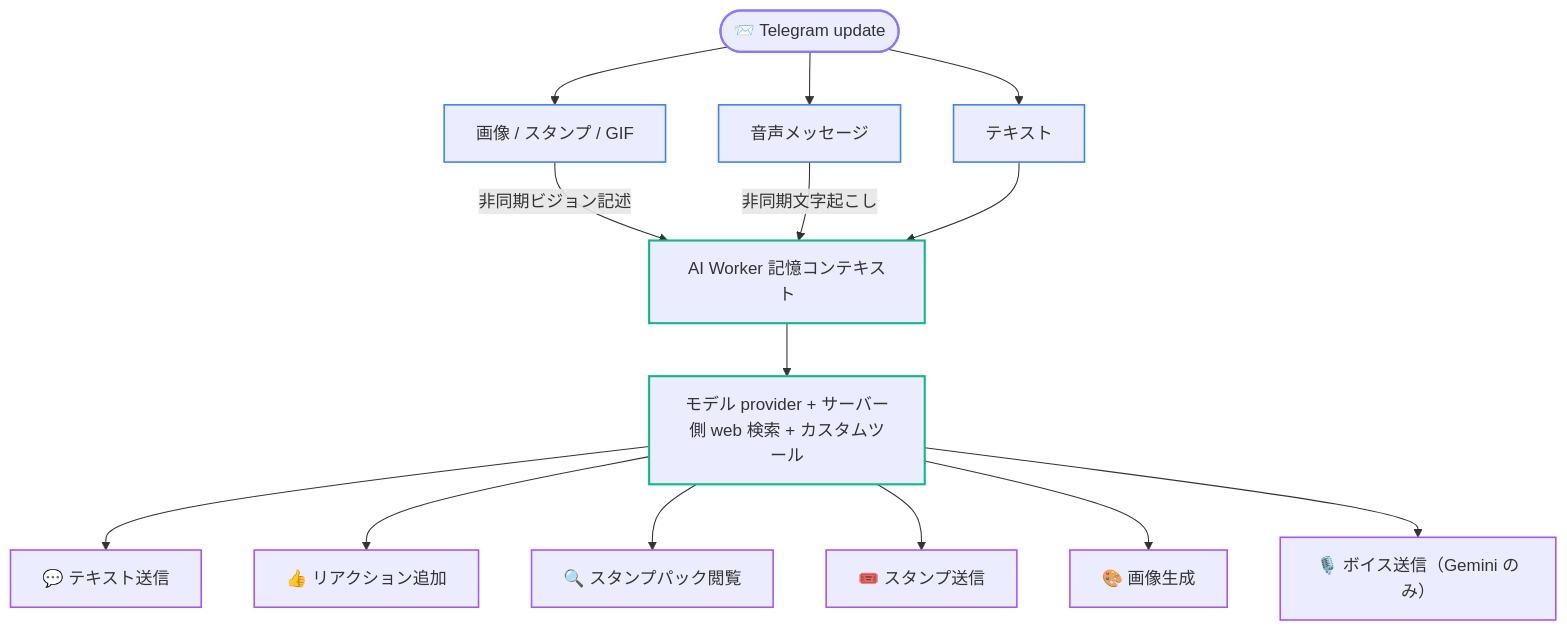
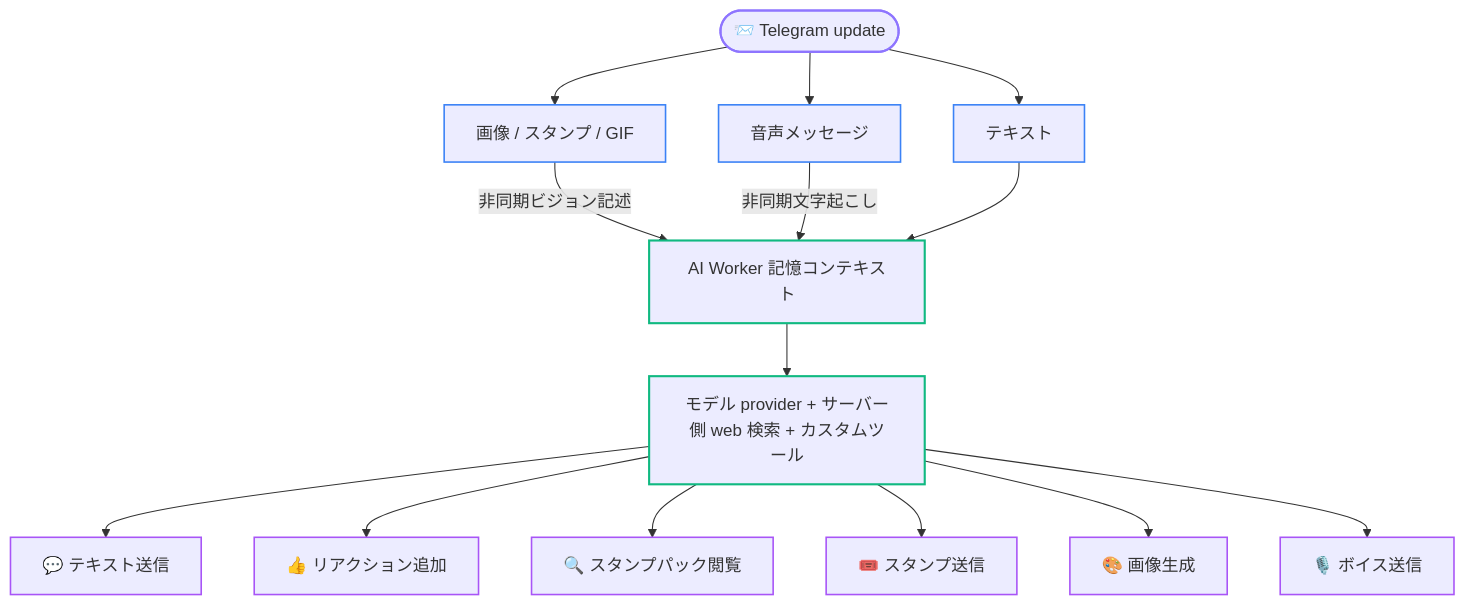
One commit to Asashishi/copy_ninjia changed the second of 2 diagrams in docs/ja/02-architecture.md. Above: the diagram before and after it, drawn with Mermaid. The commit also changed other lines of this file and 600 other files, not shown here.

````diff
--- a/docs/ja/02-architecture.md
+++ b/docs/ja/02-architecture.md
@@ -64,22 +64,22 @@
 ```mermaid
 flowchart TD
     classDef input stroke:#8e75ff,stroke-width:2px;
     classDef process stroke:#3b82f6,stroke-width:1.5px;
     classDef ai stroke:#10b981,stroke-width:2px;
     classDef action stroke:#a855f7,stroke-width:1.5px;
 
     U(["📨 Telegram update"]):::input --> TXT["テキスト"]:::process
     U --> MED["画像 / スタンプ / GIF"]:::process
     U --> VOC["音声メッセージ"]:::process
     MED -- 非同期ビジョン記述 --> MEM["AI Worker 記憶コンテキスト"]:::ai
     VOC -- 非同期文字起こし --> MEM
     TXT --> MEM
     MEM --> G["モデル provider + サーバー側 web 検索 + カスタムツール"]:::ai
 
     G --> A1["💬 テキスト送信"]:::action
     G --> A2["👍 リアクション追加"]:::action
     G --> A3["🔍 スタンプパック閲覧"]:::action
     G --> A4["🎟️ スタンプ送信"]:::action
     G --> A5["🎨 画像生成"]:::action
-    G --> A6["🎙️ ボイス送信（Gemini のみ）"]:::action
+    G --> A6["🎙️ ボイス送信"]:::action
 ```
````
